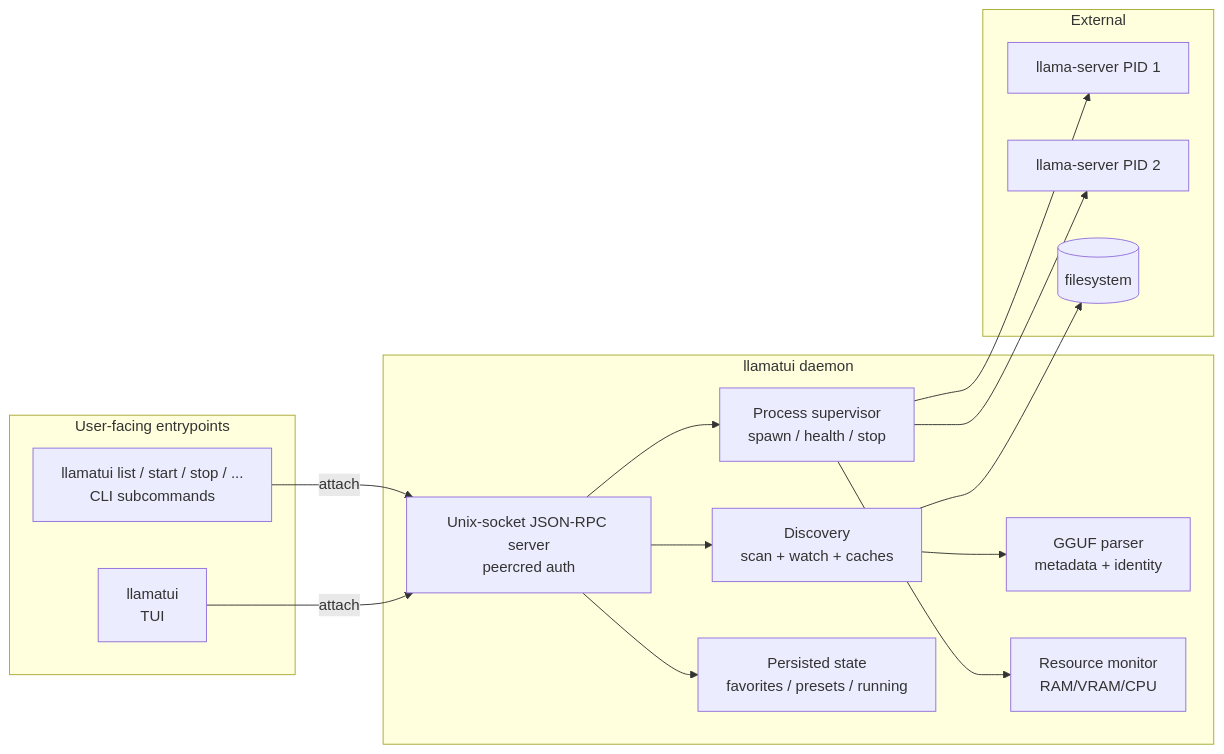
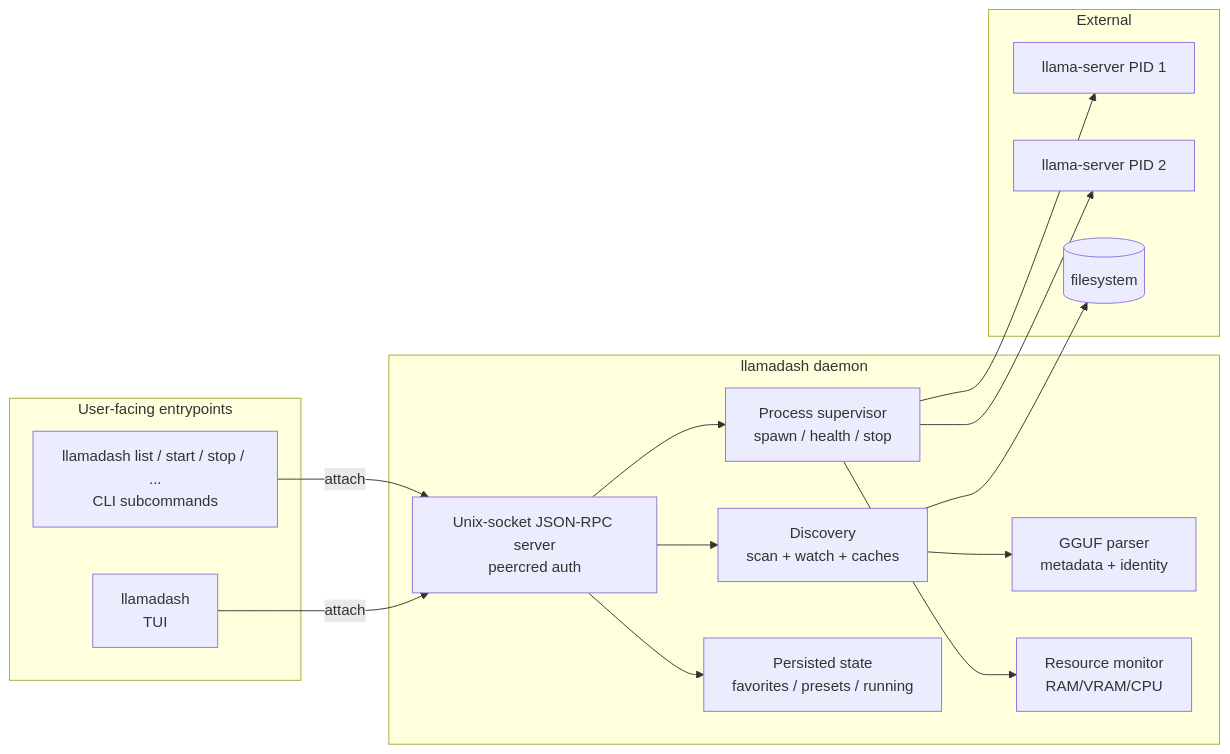
Before and after one commit to llamastash/llamastash: the first of 2 diagrams in docs/architecture.md, drawn with Mermaid. The commit also changed other lines of this file and 68 other files, not shown here.

````diff
--- a/docs/architecture.md
+++ b/docs/architecture.md
@@ -7,33 +7,33 @@
 ```mermaid
 flowchart LR
     subgraph user[User-facing entrypoints]
-        TUI[llamatui<br/>TUI]
-        CLI[llamatui list / start / stop / ...<br/>CLI subcommands]
+        TUI[llamadash<br/>TUI]
+        CLI[llamadash list / start / stop / ...<br/>CLI subcommands]
     end
 
-    subgraph daemon[llamatui daemon]
+    subgraph daemon[llamadash daemon]
         IPC[Unix-socket JSON-RPC server<br/>peercred auth]
         SCAN[Discovery<br/>scan + watch + caches]
         GGUF[GGUF parser<br/>metadata + identity]
         SUP[Process supervisor<br/>spawn / health / stop]
         RES[Resource monitor<br/>RAM/VRAM/CPU]
         STATE[Persisted state<br/>favorites / presets / running]
     end
 
     subgraph external[External]
         LS1[llama-server PID 1]
         LS2[llama-server PID 2]
         FS[(filesystem)]
     end
 
     TUI -- attach --> IPC
     CLI -- attach --> IPC
     IPC --> SCAN
     IPC --> SUP
     IPC --> STATE
     SCAN --> GGUF
     SCAN --> FS
     SUP --> LS1
     SUP --> LS2
     SUP --> RES
 ```
````
